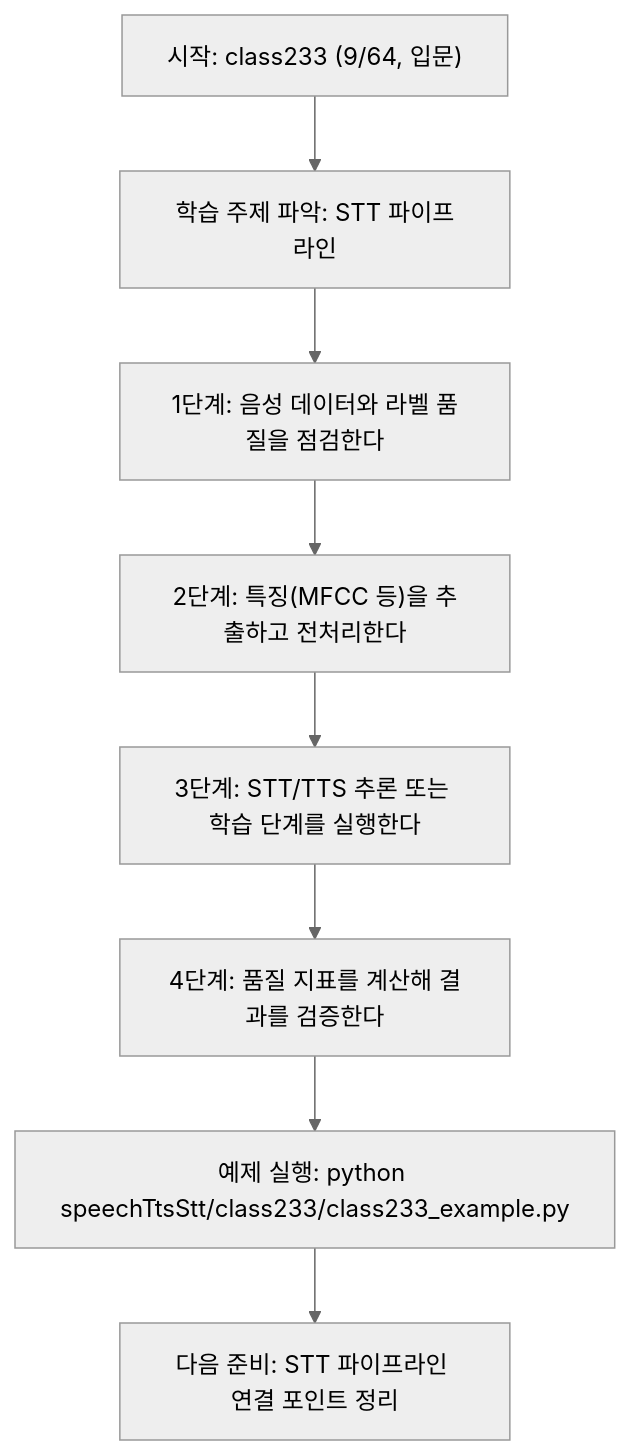
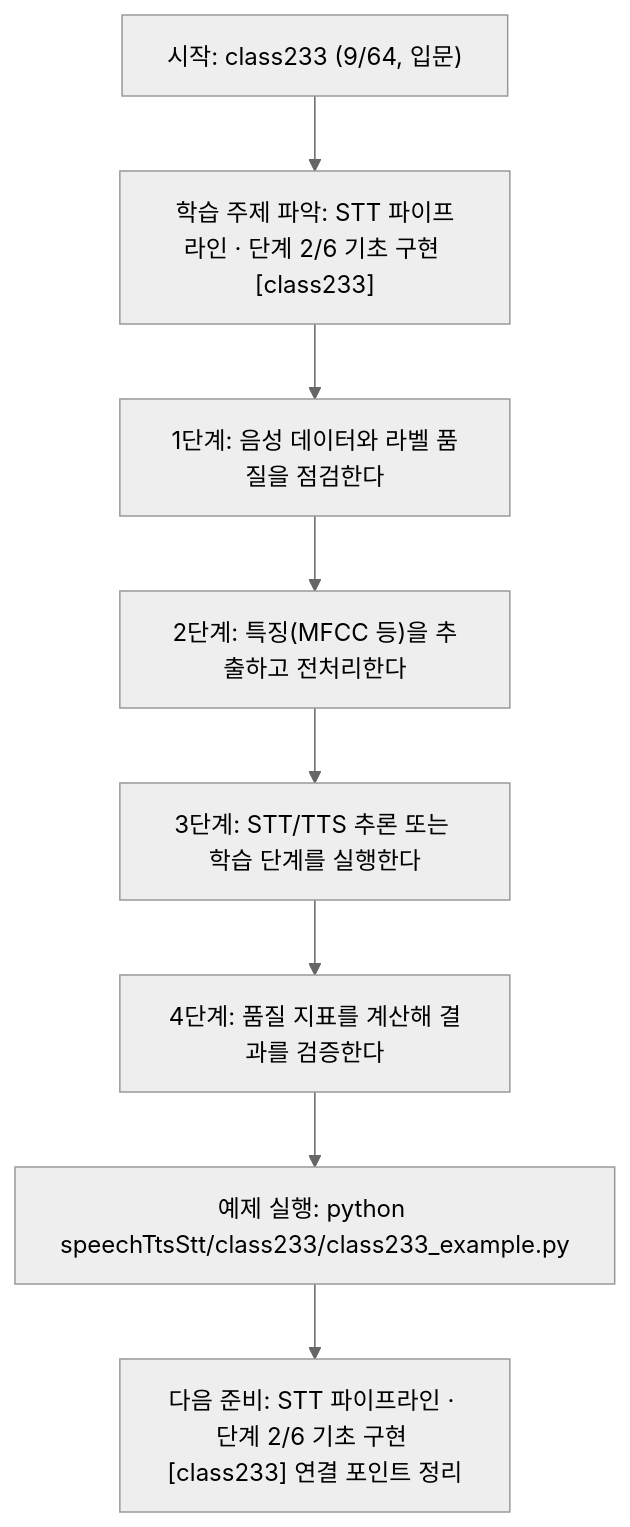
The diagram in speechTtsStt/class233/class233.md (edumgt/Python-AI_Agent-Class), drawn with Mermaid (neutral theme) before and after one commit. The commit also changed other lines of this file and 522 other files, not shown here.

````diff
--- a/speechTtsStt/class233/class233.md
+++ b/speechTtsStt/class233/class233.md
@@ -112,18 +113,18 @@
 ```mermaid
 flowchart TD
 N1["시작: class233 (9/64, 입문)"]
-N2["학습 주제 파악: STT 파이프라인"]
+N2["학습 주제 파악: STT 파이프라인 · 단계 2/6 기초 구현 [class233]"]
 N3["1단계: 음성 데이터와 라벨 품질을 점검한다"]
 N4["2단계: 특징(MFCC 등)을 추출하고 전처리한다"]
 N5["3단계: STT/TTS 추론 또는 학습 단계를 실행한다"]
 N6["4단계: 품질 지표를 계산해 결과를 검증한다"]
 N7["예제 실행: python speechTtsStt/class233/class233_example.py"]
-N8["다음 준비: STT 파이프라인 연결 포인트 정리"]
+N8["다음 준비: STT 파이프라인 · 단계 2/6 기초 구현 [class233] 연결 포인트 정리"]
 N1 --> N2
 N2 --> N3
 N3 --> N4
 N4 --> N5
 N5 --> N6
 N6 --> N7
 N7 --> N8
 ```
````
